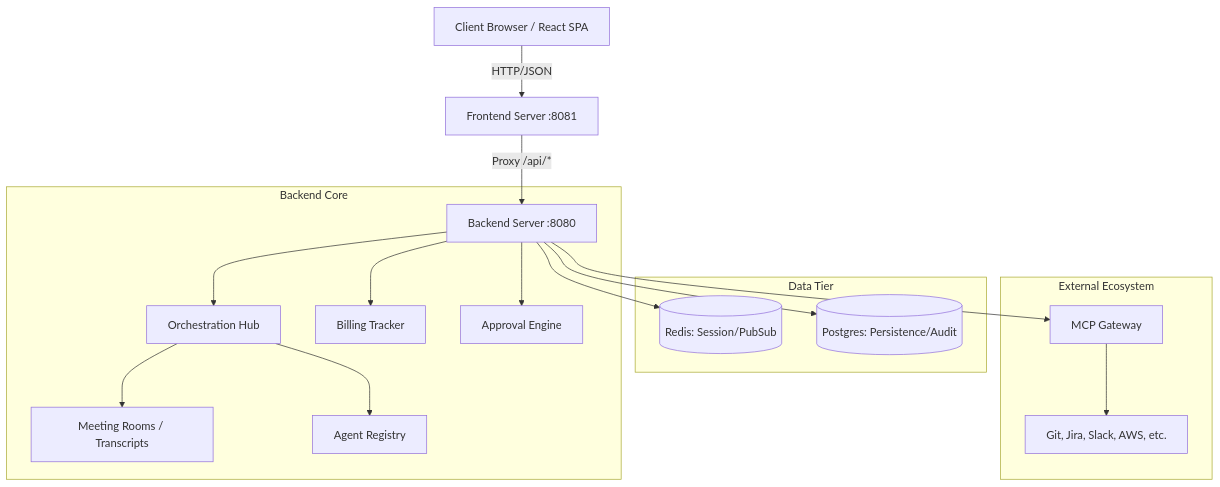
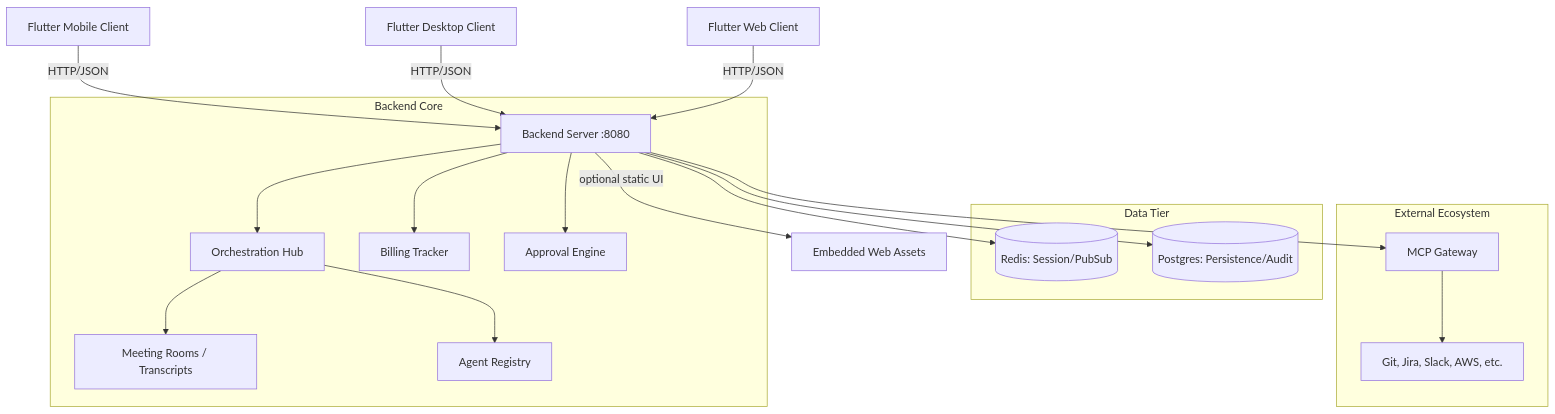
Before and after one commit to omnisolo-llc/onehumancorp: the first of 2 diagrams in docs/system-design.md, drawn with Mermaid. The commit also changed other lines of this file and 86 other files, not shown here.

````diff
--- a/docs/system-design.md
+++ b/docs/system-design.md
@@ -30,23 +32,25 @@
 ```mermaid
 graph TD
-    Client[Client Browser / React SPA] -->|HTTP/JSON| FE[Frontend Server :8081]
-    FE -->|Proxy /api/*| BE[Backend Server :8080]
+    Mobile[Flutter Mobile Client] -->|HTTP/JSON| BE[Backend Server :8080]
+    Desktop[Flutter Desktop Client] -->|HTTP/JSON| BE
+    Web[Flutter Web Client] -->|HTTP/JSON| BE
+    BE -->|optional static UI| UI[Embedded Web Assets]
     
     subgraph "Backend Core"
         BE --> Hub[Orchestration Hub]
         BE --> Billing[Billing Tracker]
         BE --> Approval[Approval Engine]
         Hub --> Meetings[Meeting Rooms / Transcripts]
         Hub --> Registry[Agent Registry]
     end
 
     subgraph "Data Tier"
         BE --> Redis[(Redis: Session/PubSub)]
         BE --> DB[(Postgres: Persistence/Audit)]
     end
 
     subgraph "External Ecosystem"
         BE --> MCP[MCP Gateway]
         MCP --> Tools[Git, Jira, Slack, AWS, etc.]
     end
 ```
````
